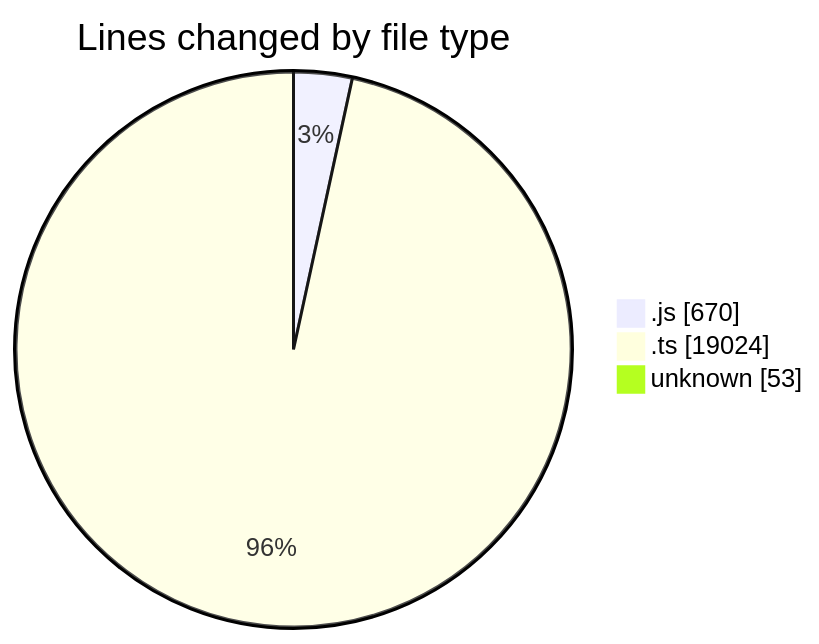
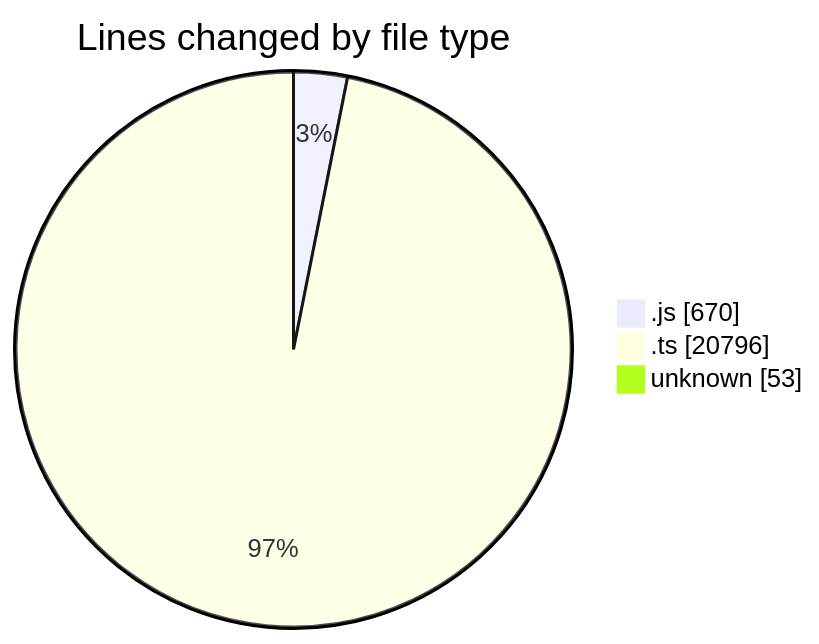
Before and after one commit to momahboobian/code-tracking: the first of 2 diagrams in 2026-08-21/cda/README.md, drawn with Mermaid. The commit also changed other lines of this file and 1 other file, not shown here.

````diff
--- a/2026-08-21/cda/README.md
+++ b/2026-08-21/cda/README.md
@@ -31,7 +34,7 @@
 ```mermaid
 pie showData
 title Lines changed by file type
 ".js" : 670
-".ts" : 19024
+".ts" : 20796
 "unknown" : 53
 ```
````
